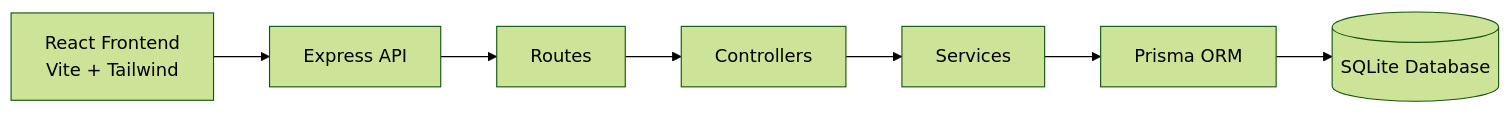
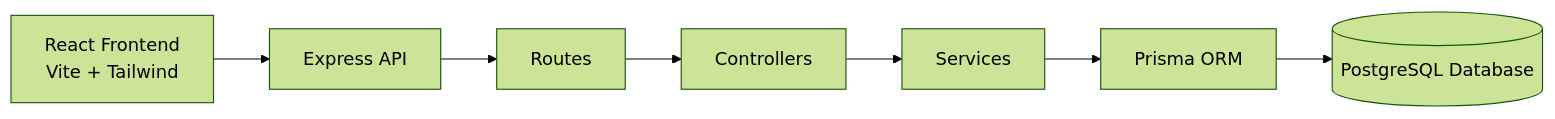
The first of 2 diagrams in README.md (HarshitaOberoi/ZOS), drawn with Mermaid (forest theme) before and after one commit. The commit also changed other lines of this file, not shown here.

Commit message:
docs: Update README for PostgreSQL, Render, and Vercel deployment

````diff
--- a/README.md
+++ b/README.md
@@ -38,9 +38,9 @@
 ```mermaid
 flowchart LR
     A[React Frontend<br/>Vite + Tailwind] --> B[Express API]
     B --> C[Routes]
     C --> D[Controllers]
     D --> E[Services]
     E --> F[Prisma ORM]
-    F --> G[(SQLite Database)]
+    F --> G[(PostgreSQL Database)]
 ```
````
